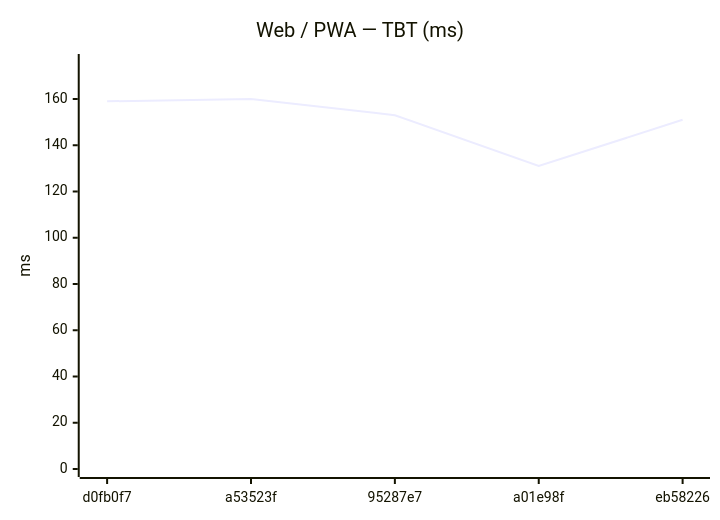
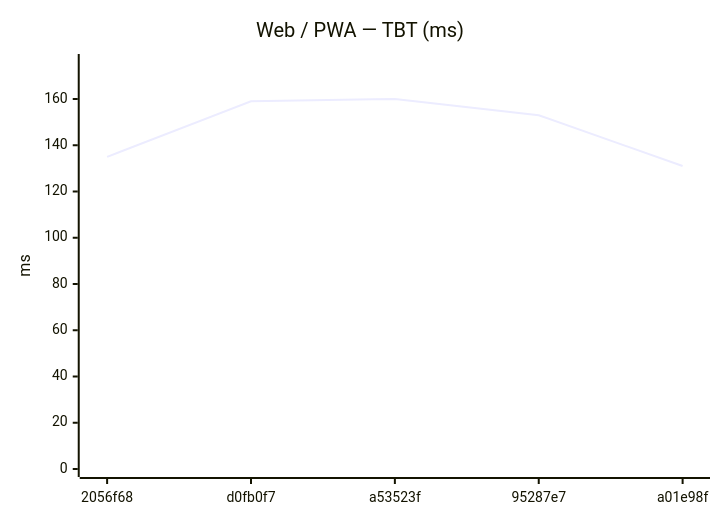
The eighth of 18 diagrams in benchmarks/compare.md (Metaheurist/Rianell), drawn with Mermaid before and after one commit. The commit also changed other lines of this file and 11 other files, not shown here.

````diff
--- a/benchmarks/compare.md
+++ b/benchmarks/compare.md
@@ -124,7 +124,7 @@
 ```mermaid
 xychart-beta
     title "Web / PWA — TBT (ms)"
-    x-axis ["d0fb0f7", "a53523f", "95287e7", "a01e98f", "eb58226"]
+    x-axis ["2056f68", "d0fb0f7", "a53523f", "95287e7", "a01e98f"]
     y-axis "ms" 0 --> 176
-    line [159, 160, 153, 131, 151]
+    line [135, 159, 160, 153, 131]
 ```
````
